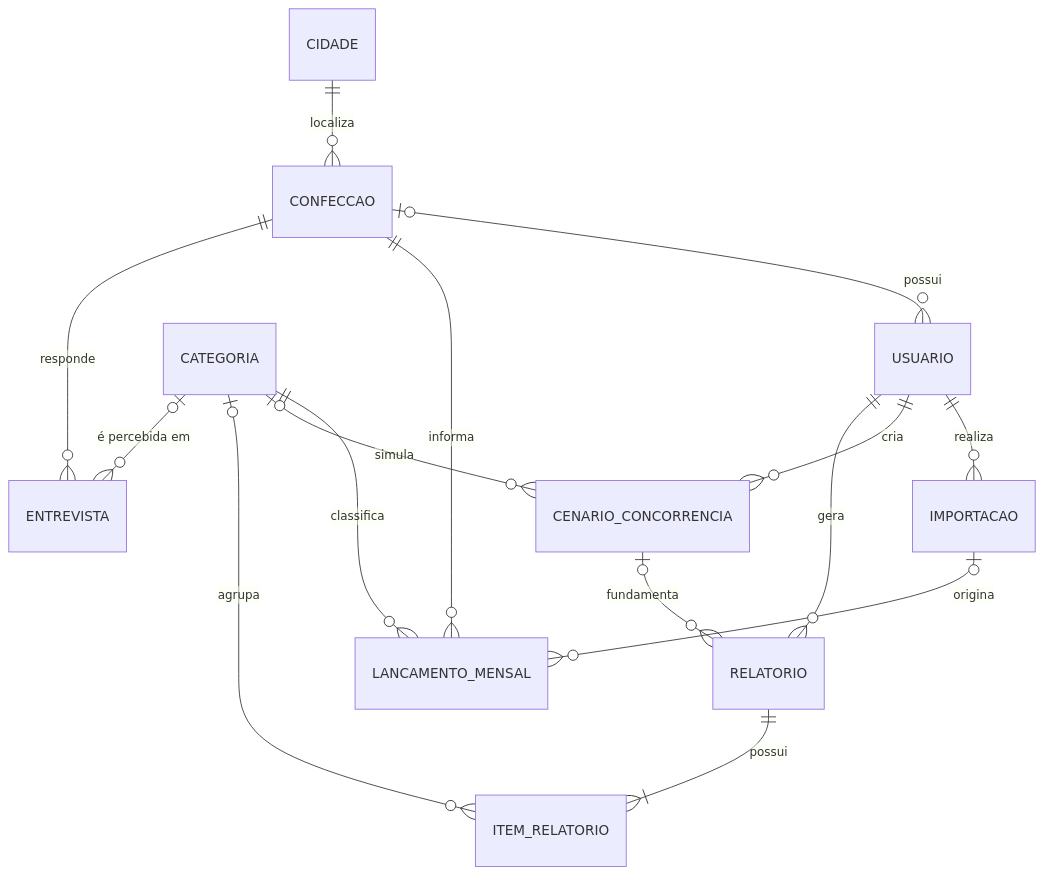
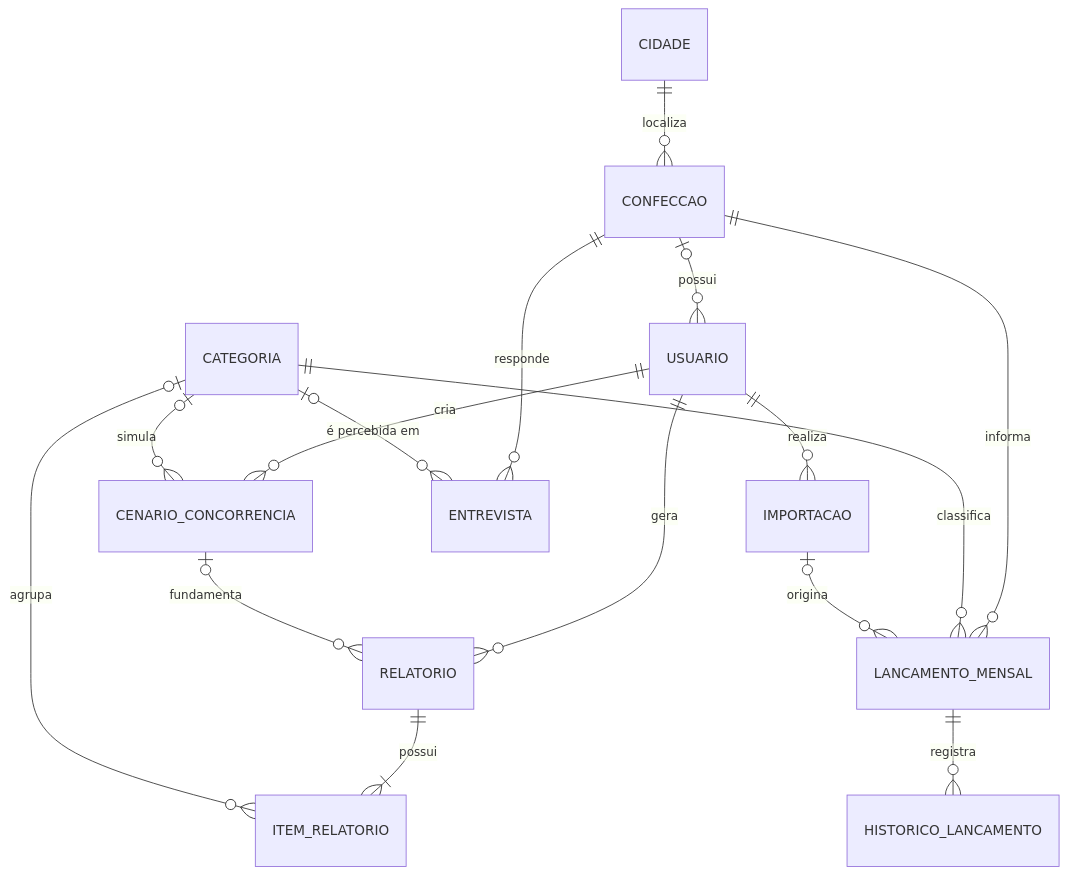
One commit to AstralCommits/Banco-de-Dados changed the first of 2 diagrams in README.md. Above: the diagram before and after it, drawn with Mermaid. The commit also changed other lines of this file, not shown here.

````diff
--- a/README.md
+++ b/README.md
@@ -9,17 +9,18 @@
 ```mermaid
 erDiagram
     CIDADE ||--o{ CONFECCAO : localiza
     CONFECCAO |o--o{ USUARIO : possui
     CONFECCAO ||--o{ LANCAMENTO_MENSAL : informa
     CATEGORIA ||--o{ LANCAMENTO_MENSAL : classifica
     IMPORTACAO |o--o{ LANCAMENTO_MENSAL : origina
     USUARIO ||--o{ IMPORTACAO : realiza
     USUARIO ||--o{ CENARIO_CONCORRENCIA : cria
     USUARIO ||--o{ RELATORIO : gera
     CATEGORIA |o--o{ CENARIO_CONCORRENCIA : simula
     CENARIO_CONCORRENCIA |o--o{ RELATORIO : fundamenta
     RELATORIO ||--|{ ITEM_RELATORIO : possui
     CATEGORIA |o--o{ ITEM_RELATORIO : agrupa
     CONFECCAO ||--o{ ENTREVISTA : responde
     CATEGORIA |o--o{ ENTREVISTA : "é percebida em"
+    LANCAMENTO_MENSAL ||--o{ HISTORICO_LANCAMENTO : registra
 ```
````
